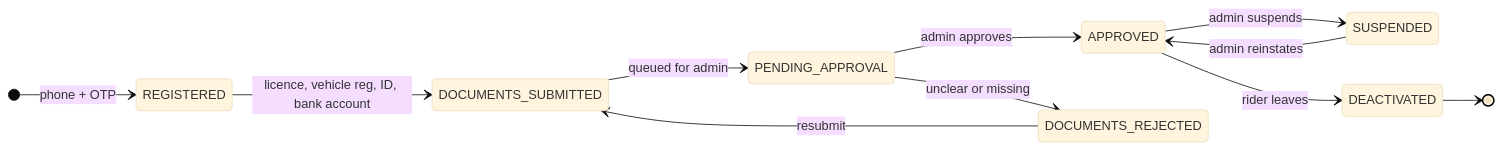
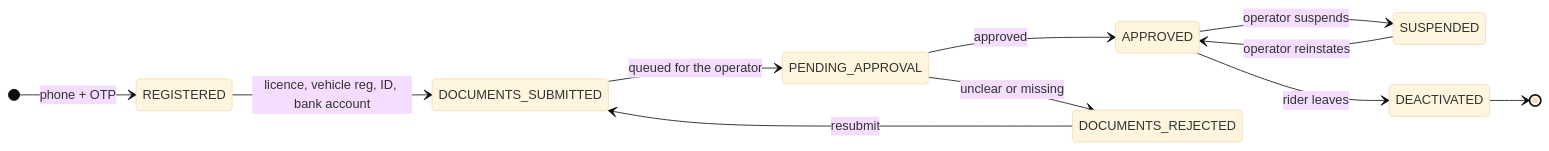
The first of 3 diagrams in docs/RIDER_LIFECYCLE.md (kmandev/banhao-design), drawn with Mermaid (base theme) before and after one commit. The commit also changed other lines of this file and 18 other files, not shown here.

````diff
--- a/docs/RIDER_LIFECYCLE.md
+++ b/docs/RIDER_LIFECYCLE.md
@@ -52,14 +56,14 @@
 ```mermaid
 stateDiagram-v2
     direction LR
     [*] --> REGISTERED : phone + OTP
     REGISTERED --> DOCUMENTS_SUBMITTED : licence, vehicle reg, ID, bank account
-    DOCUMENTS_SUBMITTED --> PENDING_APPROVAL : queued for admin
-    PENDING_APPROVAL --> APPROVED : admin approves
+    DOCUMENTS_SUBMITTED --> PENDING_APPROVAL : queued for the operator
+    PENDING_APPROVAL --> APPROVED : approved
     PENDING_APPROVAL --> DOCUMENTS_REJECTED : unclear or missing
     DOCUMENTS_REJECTED --> DOCUMENTS_SUBMITTED : resubmit
-    APPROVED --> SUSPENDED : admin suspends
-    SUSPENDED --> APPROVED : admin reinstates
+    APPROVED --> SUSPENDED : operator suspends
+    SUSPENDED --> APPROVED : operator reinstates
     APPROVED --> DEACTIVATED : rider leaves
     DEACTIVATED --> [*]
 ```
````
